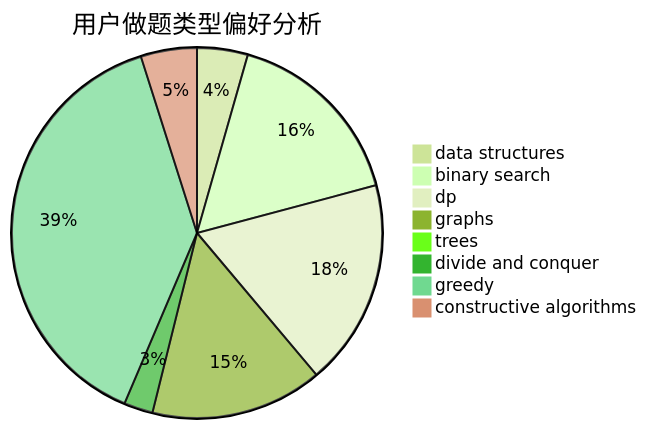
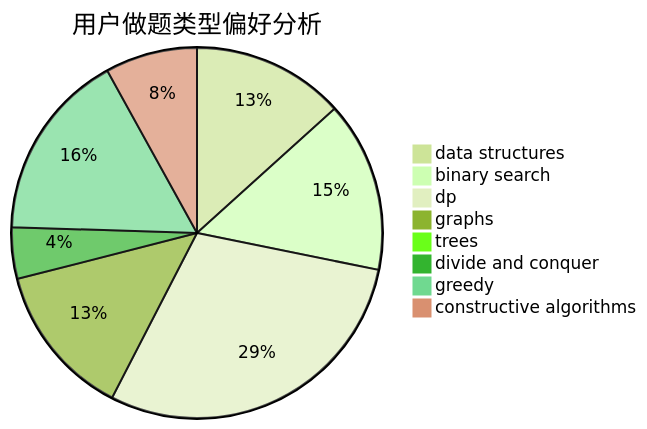
The second of 3 diagrams in docs/user/u707.md (sherpahu/cfrs.github.io), drawn with Mermaid (forest theme) before and after one commit. The commit also changed other lines of this file and 2770 other files, not shown here.

````diff
--- a/docs/user/u707.md
+++ b/docs/user/u707.md
@@ -23,11 +23,11 @@
 ```mermaid
 pie title 用户做题类型偏好分析
-    "data structures" :  28
-    "binary search" :  104
-    "dp" :  114
-    "graphs" :  95
+    "data structures" :  101
+    "binary search" :  113
+    "dp" :  223
+    "graphs" :  102
     "trees" :  2
-    "divide and conquer" :  16
-    "greedy" :  245
-    "constructive algorithms" :  31
+    "divide and conquer" :  34
+    "greedy" :  125
+    "constructive algorithms" :  61
 ```
````
